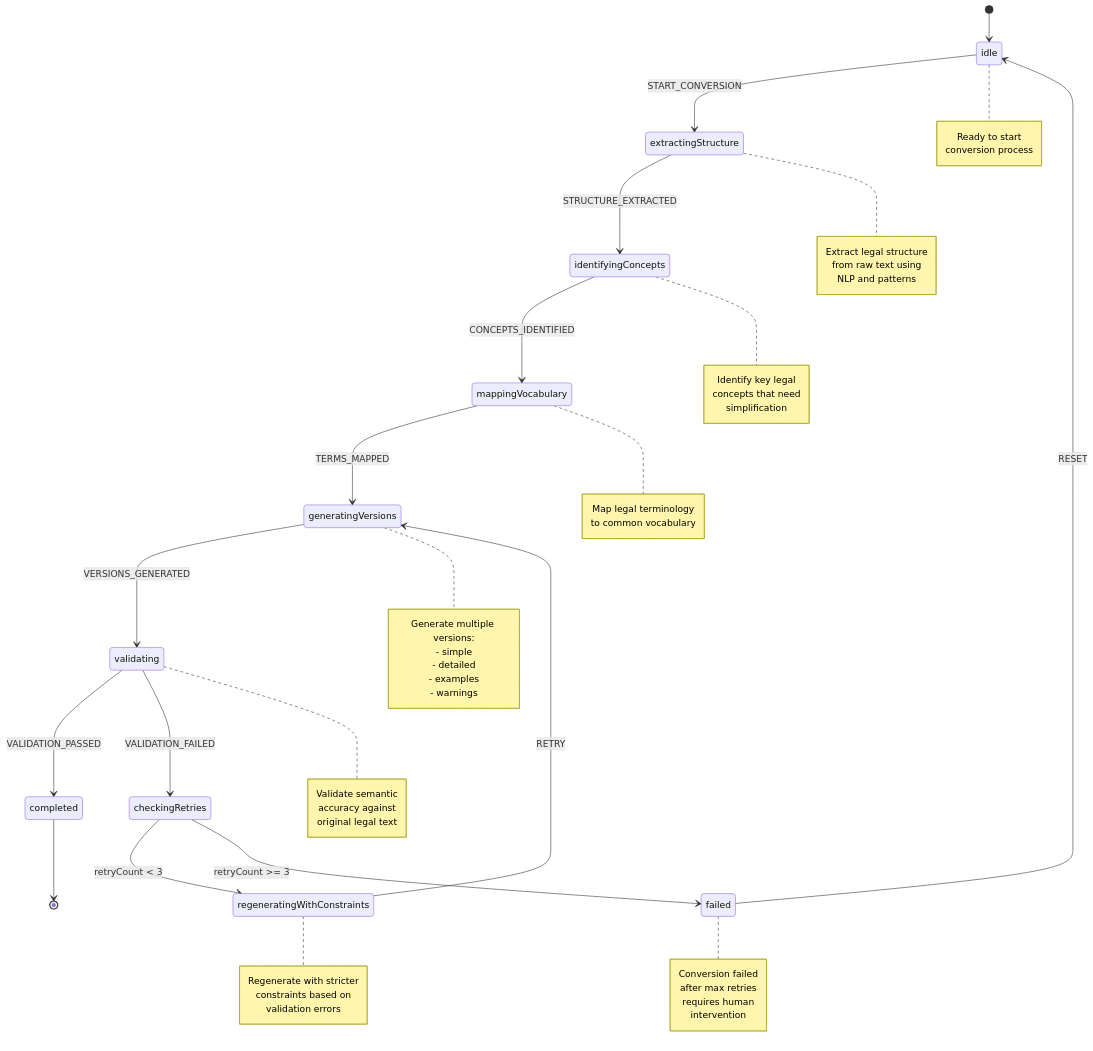
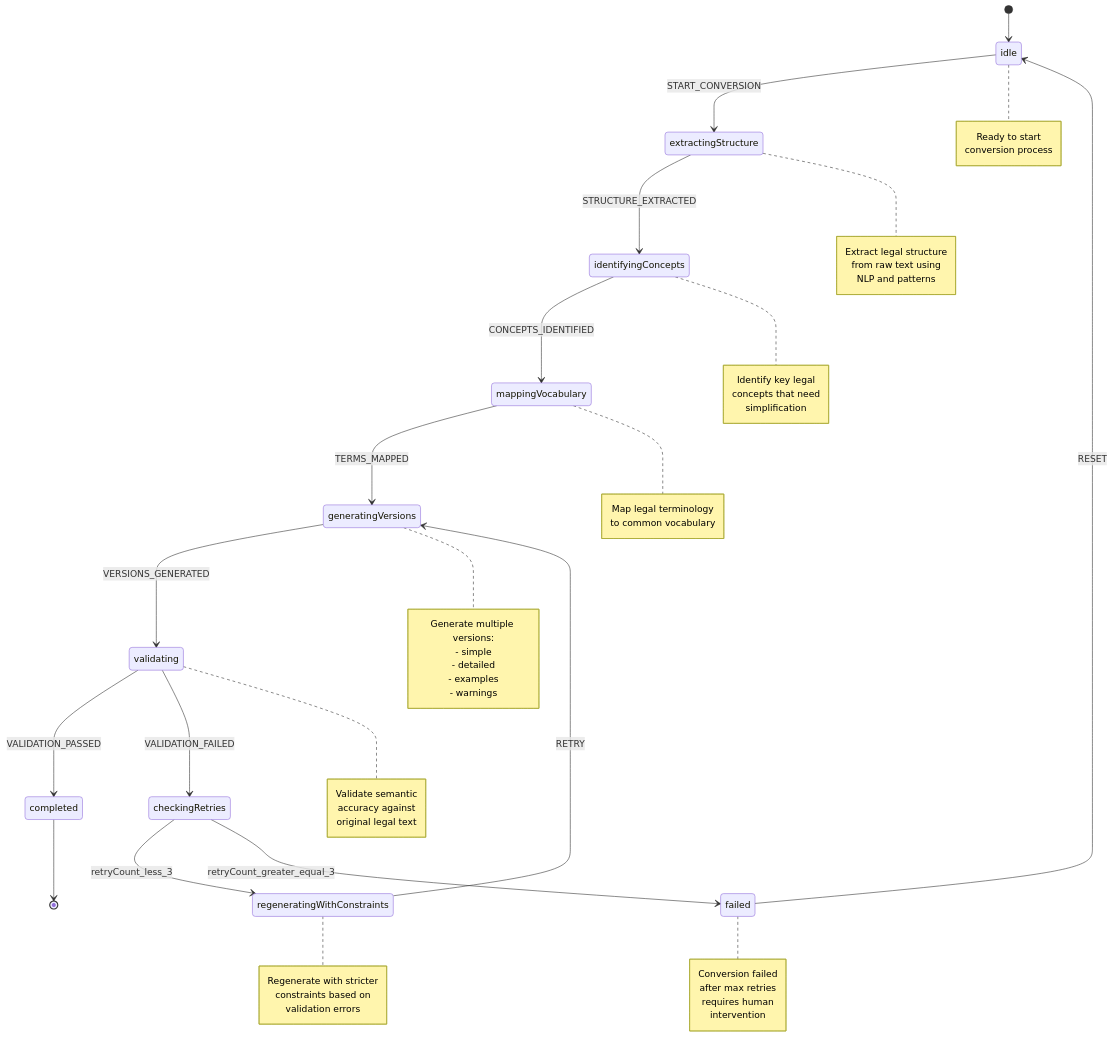
Before and after one commit to vanmarkic/PAA: the second of 2 diagrams in docs/state-machines-visualization.md, drawn with Mermaid. The commit also changed other lines of this file and 4 other files, not shown here.

First line of the commit message:
fix: Resolve Mermaid syntax errors for version 10.9.5 compatibility

````diff
--- a/docs/state-machines-visualization.md
+++ b/docs/state-machines-visualization.md
@@ -103,71 +103,71 @@
 ```mermaid
 stateDiagram-v2
     [*] --> idle
 
     idle --> extractingStructure: START_CONVERSION
     extractingStructure --> identifyingConcepts: STRUCTURE_EXTRACTED
     identifyingConcepts --> mappingVocabulary: CONCEPTS_IDENTIFIED
     mappingVocabulary --> generatingVersions: TERMS_MAPPED
     generatingVersions --> validating: VERSIONS_GENERATED
 
     validating --> completed: VALIDATION_PASSED
     validating --> checkingRetries: VALIDATION_FAILED
 
     state checkingRetries <<choice>>
-    checkingRetries --> regeneratingWithConstraints: retryCount < 3
-    checkingRetries --> failed: retryCount >= 3
+    checkingRetries --> regeneratingWithConstraints: retryCount_less_3
+    checkingRetries --> failed: retryCount_greater_equal_3
 
     regeneratingWithConstraints --> generatingVersions: RETRY
 
     completed --> [*]
     failed --> idle: RESET
 
     note right of idle
         Ready to start
         conversion process
     end note
 
     note right of extractingStructure
         Extract legal structure
         from raw text using
         NLP and patterns
     end note
 
     note right of identifyingConcepts
         Identify key legal
         concepts that need
         simplification
     end note
 
     note right of mappingVocabulary
         Map legal terminology
         to common vocabulary
     end note
 
     note right of generatingVersions
         Generate multiple versions:
         - simple
         - detailed
         - examples
         - warnings
     end note
 
     note right of validating
         Validate semantic
         accuracy against
         original legal text
     end note
 
     note right of regeneratingWithConstraints
         Regenerate with stricter
         constraints based on
         validation errors
     end note
 
     note right of failed
         Conversion failed
         after max retries
         requires human
         intervention
     end note
 ```
````
